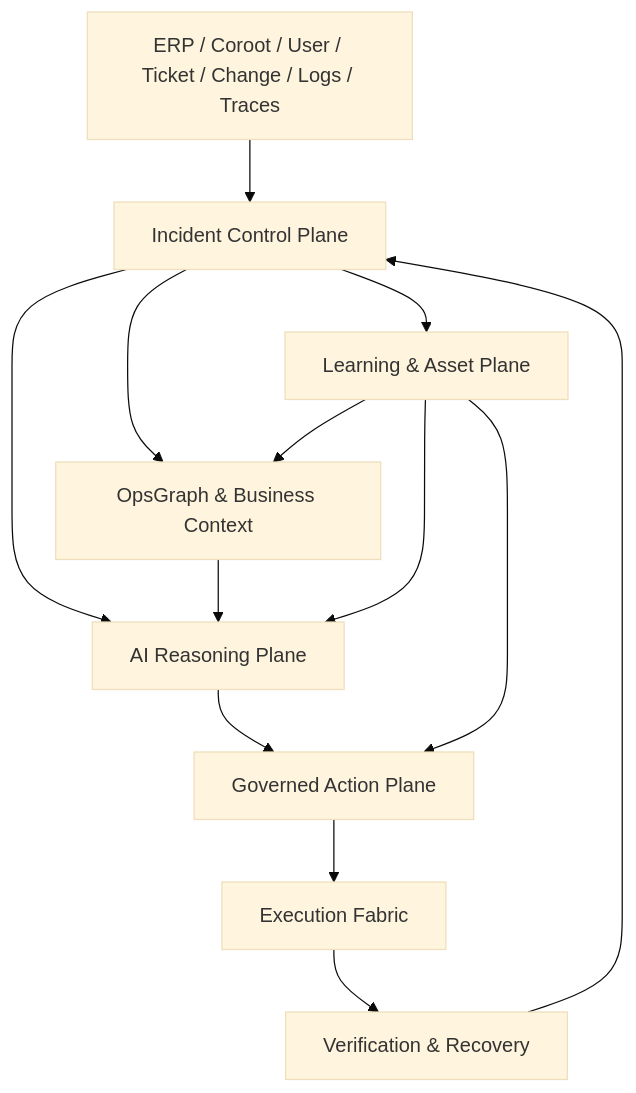
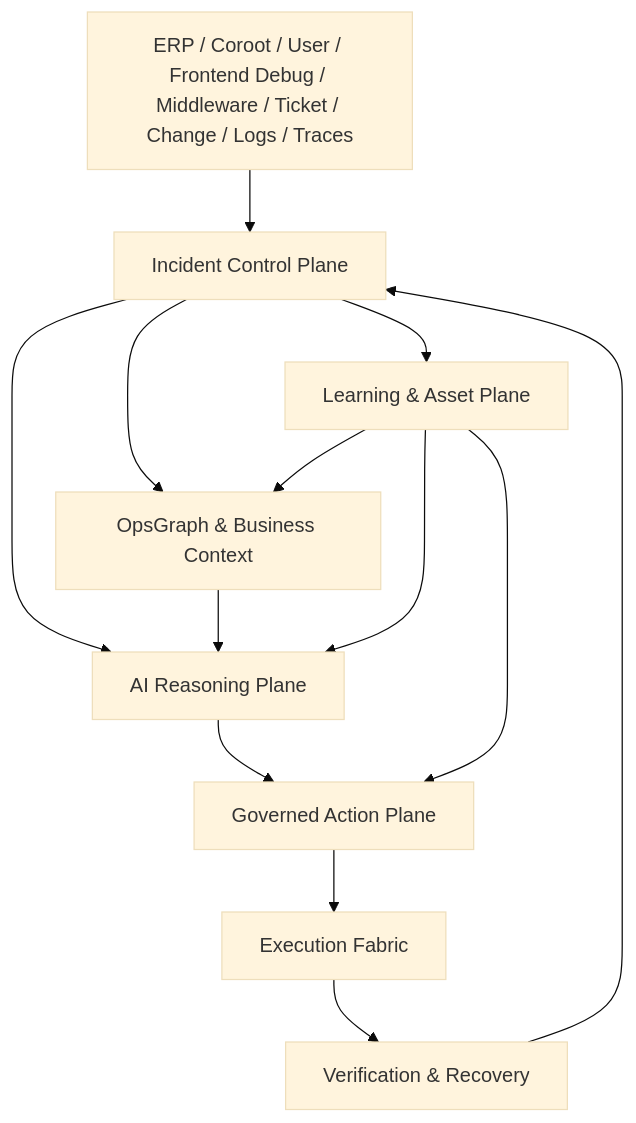
One commit to lizhongxuan/aiops-v2 changed the diagram in docs/superpowers/specs/2026-05-11-aiops-v2-enterprise-control-plane-design.zh.md. Above: the diagram before and after it, drawn with Mermaid (base theme). The commit also changed other lines of this file and 1 other file, not shown here.

Commit message:
docs: add debug trace and middleware repair design

````diff
--- a/docs/superpowers/specs/2026-05-11-aiops-v2-enterprise-control-plane-design.zh.md
+++ b/docs/superpowers/specs/2026-05-11-aiops-v2-enterprise-control-plane-design.zh.md
@@ -99,15 +101,15 @@
 ```mermaid
 flowchart TD
-  Inputs["ERP / Coroot / User / Ticket / Change / Logs / Traces"] --> ICP["Incident Control Plane"]
+  Inputs["ERP / Coroot / User / Frontend Debug / Middleware / Ticket / Change / Logs / Traces"] --> ICP["Incident Control Plane"]
   ICP --> KG["OpsGraph & Business Context"]
   ICP --> AI["AI Reasoning Plane"]
   KG --> AI
   AI --> GAP["Governed Action Plane"]
   GAP --> EXEC["Execution Fabric"]
   EXEC --> VERIFY["Verification & Recovery"]
   VERIFY --> ICP
   ICP --> LEARN["Learning & Asset Plane"]
   LEARN --> KG
   LEARN --> AI
   LEARN --> GAP
 ```
````
